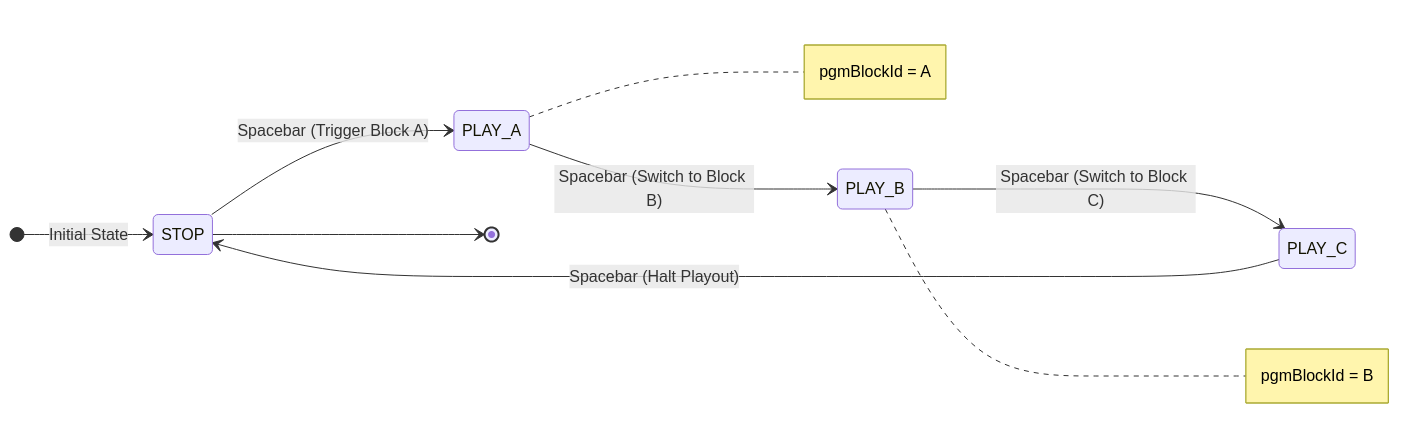
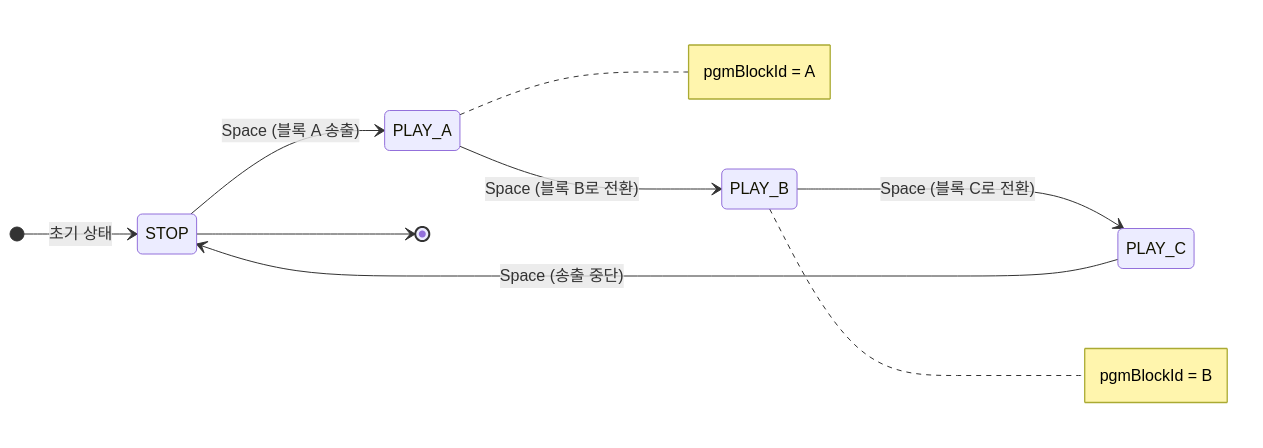
Before and after one commit to gkisanet/webcg-k: the first of 2 diagrams in webcg-k/docs/guide/REALTIME_SYNC_ARCHITECTURE.md, drawn with Mermaid. The commit also changed other lines of this file and 155 other files, not shown here.

````diff
--- a/webcg-k/docs/guide/REALTIME_SYNC_ARCHITECTURE.md
+++ b/webcg-k/docs/guide/REALTIME_SYNC_ARCHITECTURE.md
@@ -70,13 +70,13 @@
 ```mermaid
 stateDiagram-v2
     direction LR
-    [*] --> STOP: Initial State
-    STOP --> PLAY_A: Spacebar (Trigger Block A)
-    PLAY_A --> PLAY_B: Spacebar (Switch to Block B)
-    PLAY_B --> PLAY_C: Spacebar (Switch to Block C)
-    PLAY_C --> STOP: Spacebar (Halt Playout)
+    [*] --> STOP: 초기 상태
+    STOP --> PLAY_A: Space (블록 A 송출)
+    PLAY_A --> PLAY_B: Space (블록 B로 전환)
+    PLAY_B --> PLAY_C: Space (블록 C로 전환)
+    PLAY_C --> STOP: Space (송출 중단)
     STOP --> [*]
     
     note right of PLAY_A: pgmBlockId = A
     note right of PLAY_B: pgmBlockId = B
 ```
````
